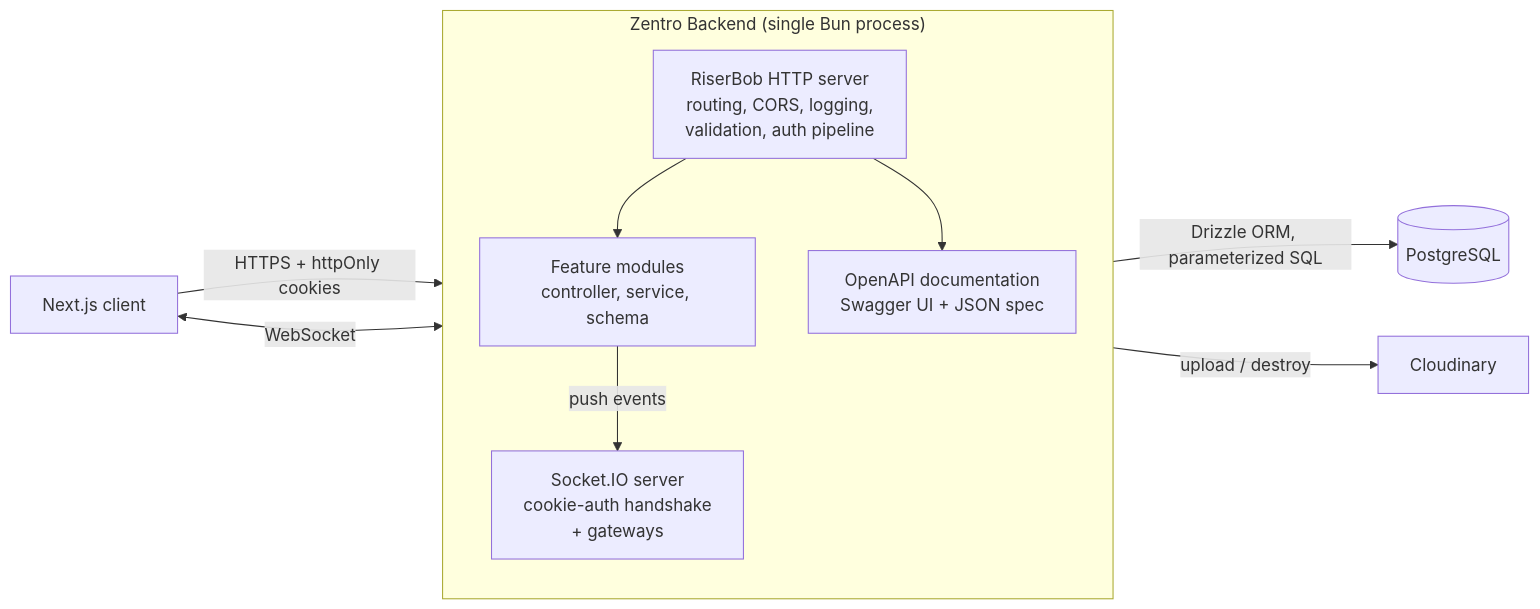
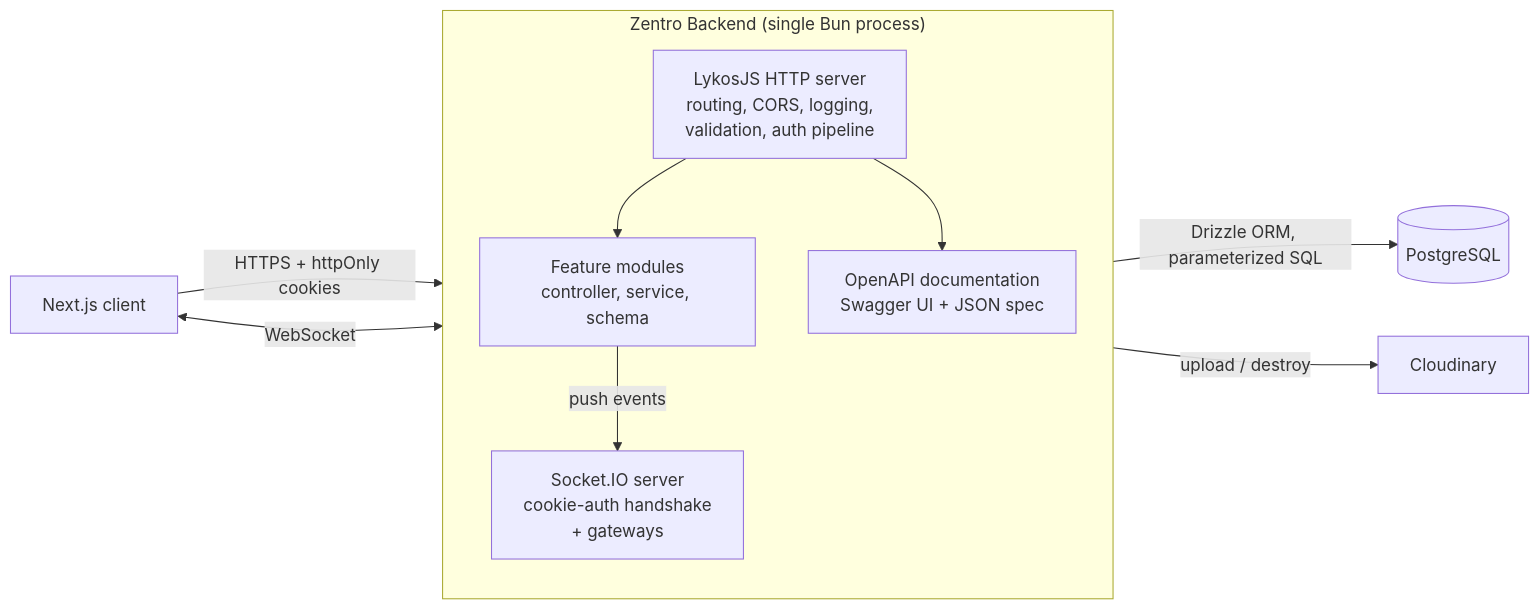
The second of 8 diagrams in README.md (ZenZN99/Zentro-Social-Network), drawn with Mermaid before and after one commit. The commit also changed other lines of this file, not shown here.

````diff
--- a/README.md
+++ b/README.md
@@ -293,20 +302,20 @@
 ```mermaid
 flowchart LR
   Client["Next.js client"]
 
   subgraph Zentro["Zentro Backend (single Bun process)"]
     direction TB
-    API["RiserBob HTTP server<br/>routing, CORS, logging,<br/>validation, auth pipeline"]
+    API["LykosJS HTTP server<br/>routing, CORS, logging,<br/>validation, auth pipeline"]
     MOD["Feature modules<br/>controller, service, schema"]
     RT["Socket.IO server<br/>cookie-auth handshake<br/>+ gateways"]
     DOCS["OpenAPI documentation<br/>Swagger UI + JSON spec"]
     API --> MOD
     API --> DOCS
     MOD -->|"push events"| RT
   end
 
   Client -->|"HTTPS + httpOnly cookies"| API
   Client <-->|"WebSocket"| RT
   MOD -->|"Drizzle ORM, parameterized SQL"| PG[("PostgreSQL")]
   MOD -->|"upload / destroy"| CLD["Cloudinary"]
 ```
````
